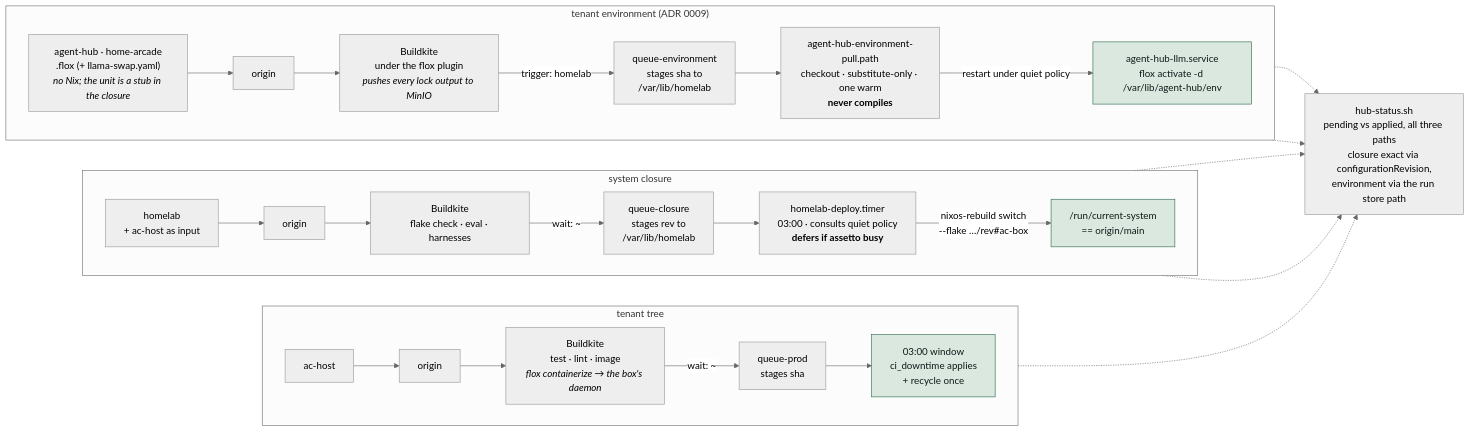
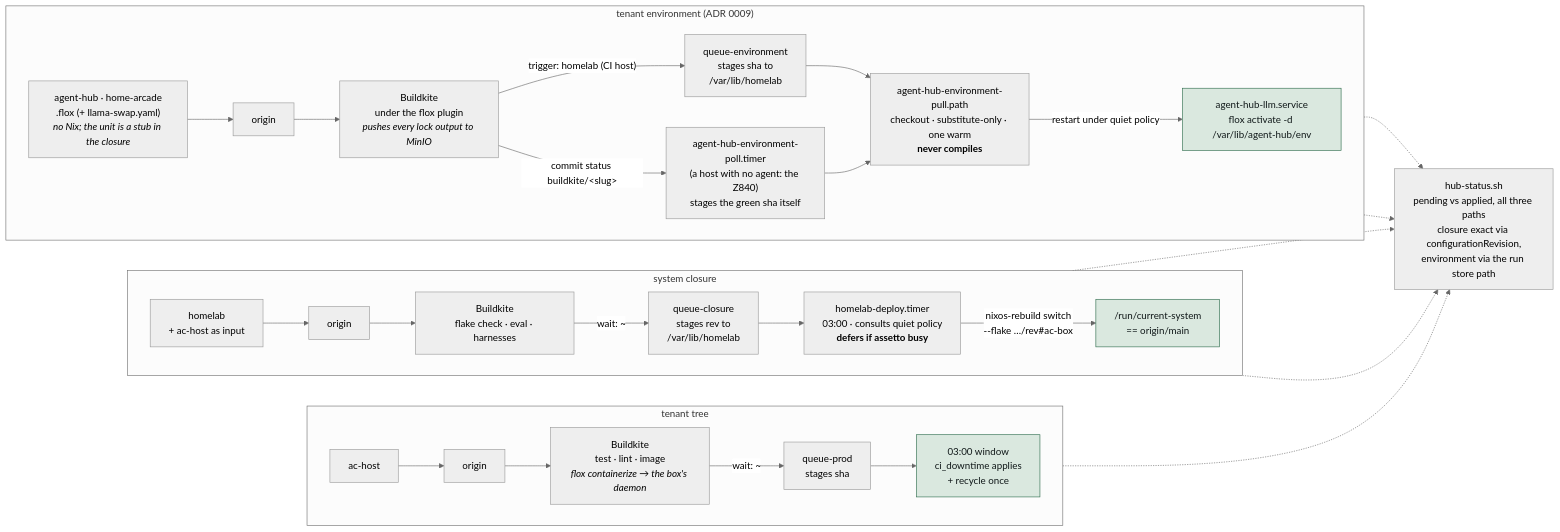
The fourth of 5 diagrams in docs/architecture.md (imkarrer/homelab), drawn with Mermaid (neutral theme) before and after one commit. The commit also changed other lines of this file and 3 other files, not shown here.

First line of the commit message:
environment-poll review fixes: only the tenant's own buildkite/<slug> status vouches; ADR 0010 amended; architecture row 35 (homelab-ygc.14)

````diff
--- a/docs/architecture.md
+++ b/docs/architecture.md
@@ -236,35 +238,37 @@
 ```mermaid
 flowchart LR
     subgraph TENANT ["tenant tree"]
         direction LR
         A1["ac-host"] --> A2["origin"] --> A3["Buildkite<br/>test · lint · image<br/><i>flox containerize → the box's daemon</i>"]
         A3 -- "wait: ~" --> A4["queue-prod<br/>stages sha"]
         A4 --> A6["03:00 window<br/>ci_downtime applies<br/>+ recycle once"]
     end
 
     subgraph CLOSURE ["system closure"]
         direction LR
         B1["homelab<br/>+ ac-host as input"] --> B2["origin"] --> B3["Buildkite<br/>flake check · eval · harnesses"]
         B3 -- "wait: ~" --> B4["queue-closure<br/>stages rev to<br/>/var/lib/homelab"]
         B4 --> B5["homelab-deploy.timer<br/>03:00 · consults quiet policy<br/><b>defers if assetto busy</b>"]
         B5 -- "nixos-rebuild switch<br/>--flake …/rev#ac-box" --> B6["/run/current-system<br/>== origin/main"]
     end
 
     subgraph ENV ["tenant environment (ADR 0009)"]
         direction LR
         C1["agent-hub · home-arcade<br/>.flox (+ llama-swap.yaml)<br/><i>no Nix; the unit is a stub in the closure</i>"] --> C2["origin"] --> C3["Buildkite<br/>under the flox plugin<br/><i>pushes every lock output to MinIO</i>"]
-        C3 -- "trigger: homelab" --> C4["queue-environment<br/>stages sha to<br/>/var/lib/homelab"]
+        C3 -- "trigger: homelab (CI host)" --> C4["queue-environment<br/>stages sha to<br/>/var/lib/homelab"]
+        C3 -- "commit status buildkite/&lt;slug&gt;" --> C4b["agent-hub-environment-poll.timer<br/>(a host with no agent: the Z840)<br/>stages the green sha itself"]
         C4 --> C5["agent-hub-environment-pull.path<br/>checkout · substitute-only · one warm<br/><b>never compiles</b>"]
+        C4b --> C5
         C5 -- "restart under quiet policy" --> C6["agent-hub-llm.service<br/>flox activate -d /var/lib/agent-hub/env"]
     end
 
     STATUS["hub-status.sh<br/>pending vs applied, all three paths<br/>closure exact via configurationRevision,<br/>environment via the run store path"]
     A4 -.-> STATUS
     B4 -.-> STATUS
     B6 -.-> STATUS
     C4 -.-> STATUS
     C6 -.-> STATUS
 
     classDef ok fill:#dae8df,stroke:#2c6b4b,color:#101819;
     class A6,B6,C6 ok;
 ```
````
